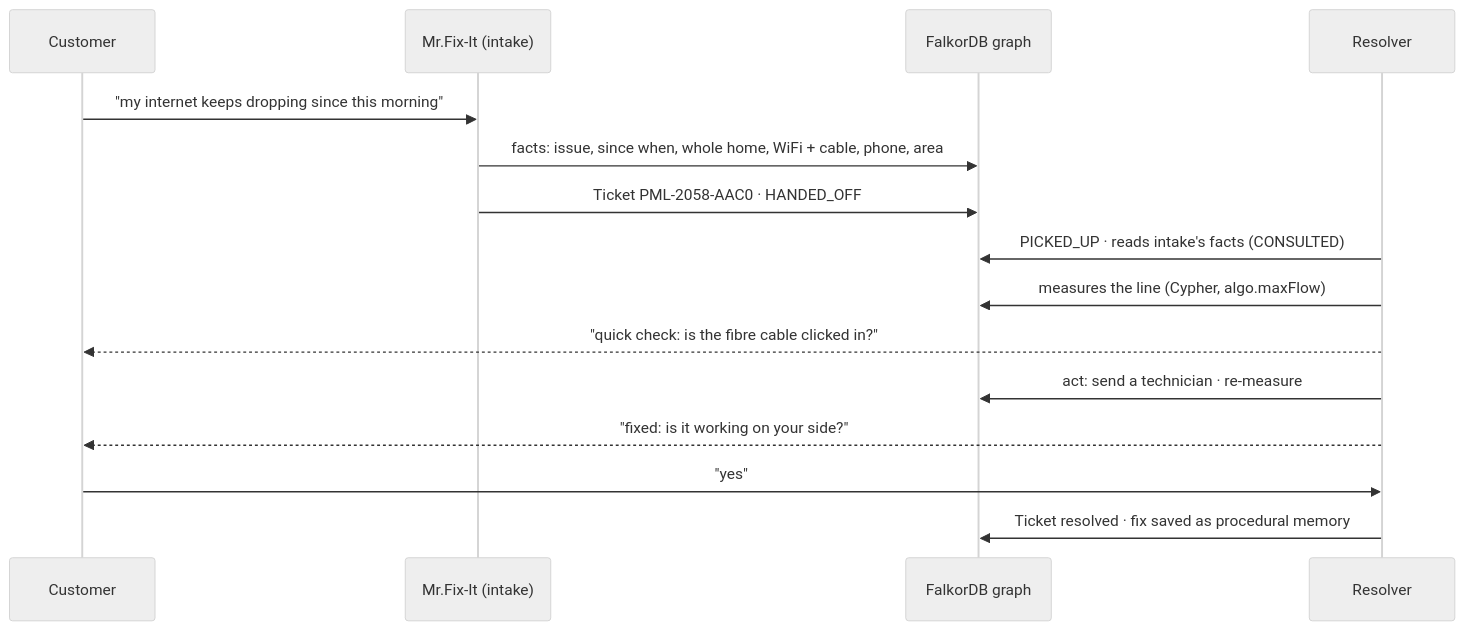
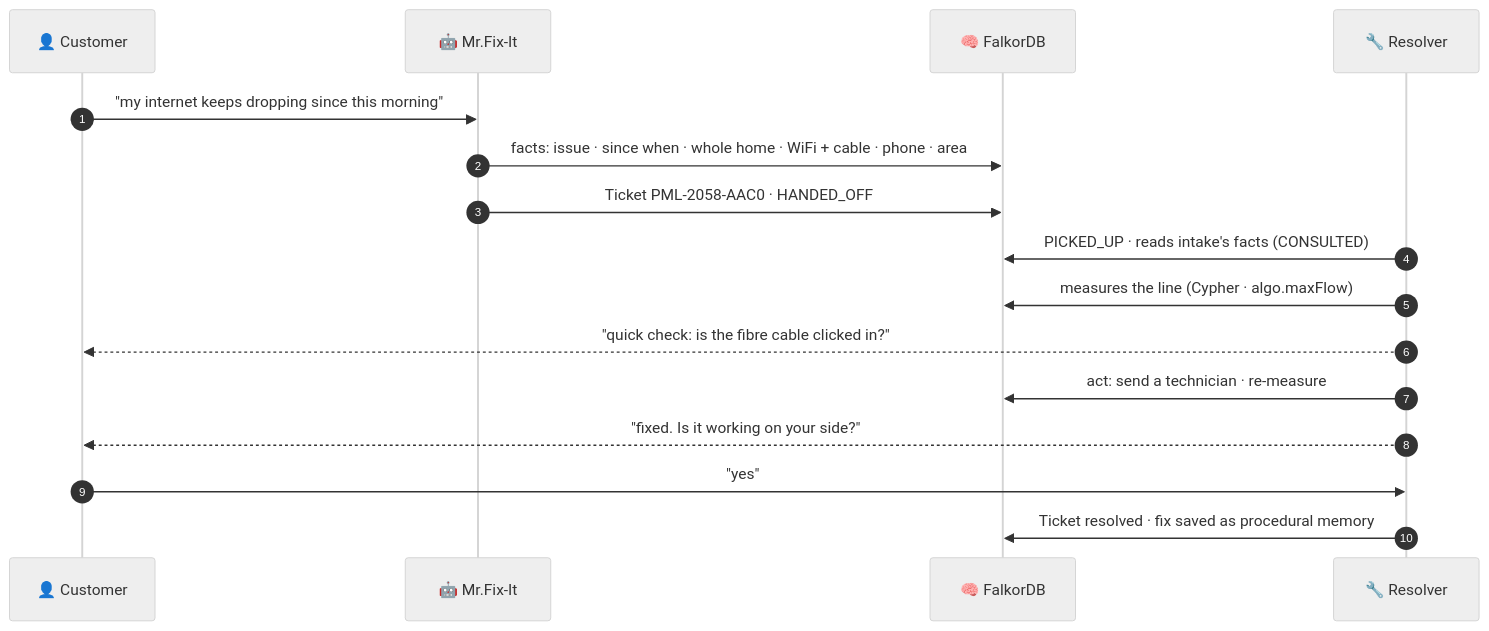
One commit to tharunkumardeveloper/The-Final-Boss changed the second of 3 diagrams in README.md. Above: the diagram before and after it, drawn with Mermaid (neutral theme). The commit also changed other lines of this file and 7 other files, not shown here.

````diff
--- a/README.md
+++ b/README.md
@@ -71,17 +146,18 @@
 ```mermaid
 sequenceDiagram
-    participant C as Customer
-    participant I as Mr.Fix-It (intake)
-    participant G as FalkorDB graph
-    participant R as Resolver
+    autonumber
+    participant C as 👤 Customer
+    participant I as 🤖 Mr.Fix-It
+    participant G as 🧠 FalkorDB
+    participant R as 🔧 Resolver
     C->>I: "my internet keeps dropping since this morning"
-    I->>G: facts: issue, since when, whole home, WiFi + cable, phone, area
+    I->>G: facts: issue · since when · whole home · WiFi + cable · phone · area
     I->>G: Ticket PML-2058-AAC0 · HANDED_OFF
     R->>G: PICKED_UP · reads intake's facts (CONSULTED)
-    R->>G: measures the line (Cypher, algo.maxFlow)
+    R->>G: measures the line (Cypher · algo.maxFlow)
     R-->>C: "quick check: is the fibre cable clicked in?"
     R->>G: act: send a technician · re-measure
-    R-->>C: "fixed: is it working on your side?"
+    R-->>C: "fixed. Is it working on your side?"
     C->>R: "yes"
     R->>G: Ticket resolved · fix saved as procedural memory
 ```
````
